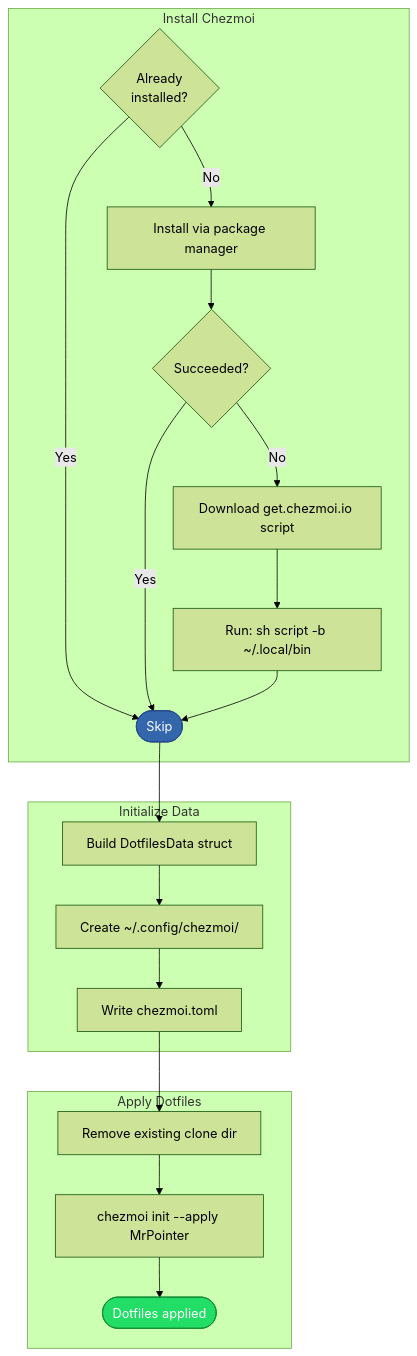
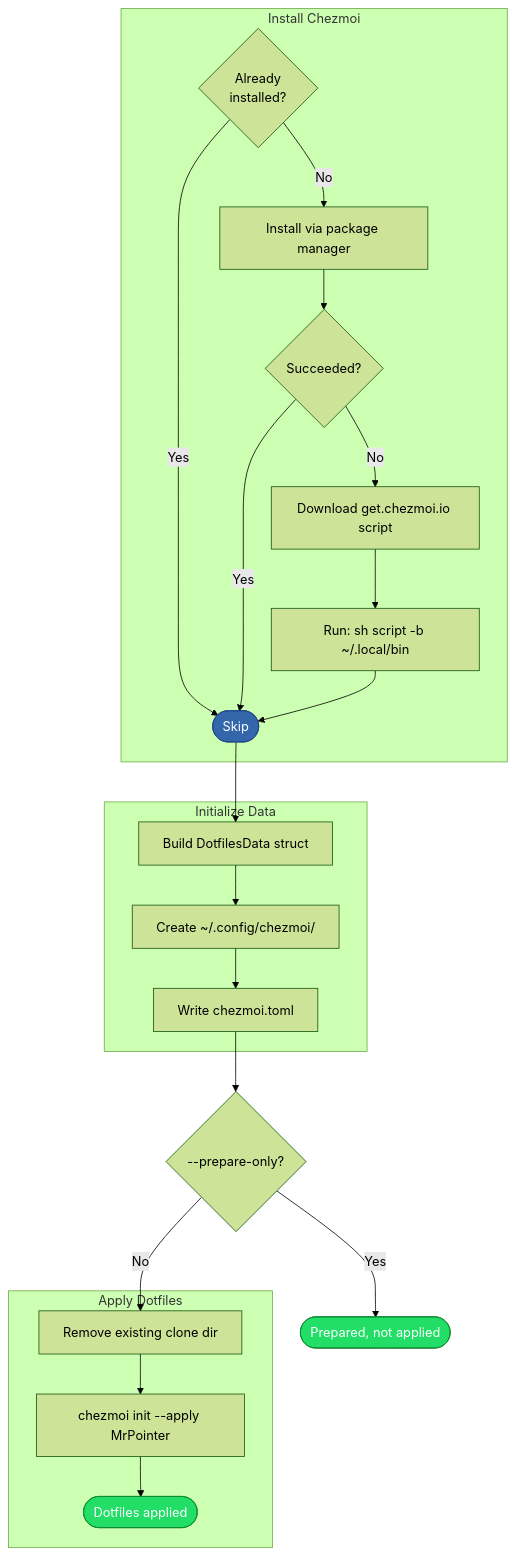
Before and after one commit to MrPointer/dotfiles: the diagram in installer/docs/processes/dotfiles-setup.md, drawn with Mermaid (forest theme). The commit also changed other lines of this file and 7 other files, not shown here.

````diff
--- a/installer/docs/processes/dotfiles-setup.md
+++ b/installer/docs/processes/dotfiles-setup.md
@@ -21,29 +21,32 @@
 ```mermaid
 flowchart TD
     subgraph install ["Install Chezmoi"]
         A{Already<br>installed?}
         A -- Yes --> B([Skip])
         A -- No --> C[Install via package manager]
         C --> D{Succeeded?}
         D -- Yes --> B
         D -- No --> E[Download get.chezmoi.io script]
         E --> F["Run: sh script -b ~/.local/bin"]
         F --> B
     end
 
     subgraph init ["Initialize Data"]
         G[Build DotfilesData struct] --> H[Create ~/.config/chezmoi/]
         H --> I[Write chezmoi.toml]
     end
 
     subgraph apply ["Apply Dotfiles"]
         J["Remove existing clone dir"] --> K["chezmoi init --apply MrPointer"]
         K --> L([Dotfiles applied])
     end
 
     B --> G
-    I --> J
+    I --> PO{--prepare-only?}
+    PO -- Yes --> PX([Prepared, not applied])
+    PO -- No --> J
 
     style B fill:#36a,stroke:#248,color:#fff
     style L fill:#2d6,stroke:#183,color:#fff
+    style PX fill:#2d6,stroke:#183,color:#fff
 ```
````
